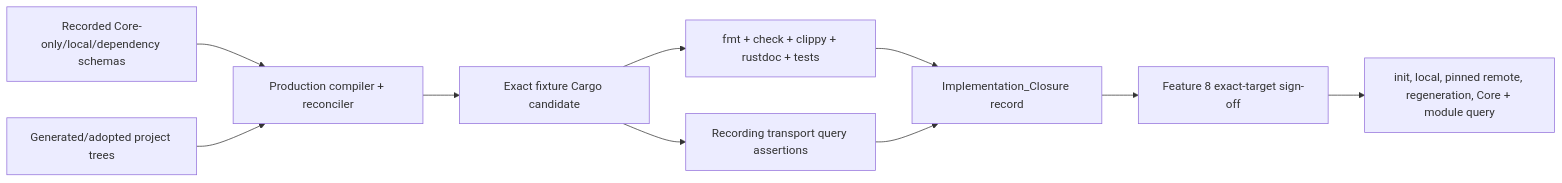
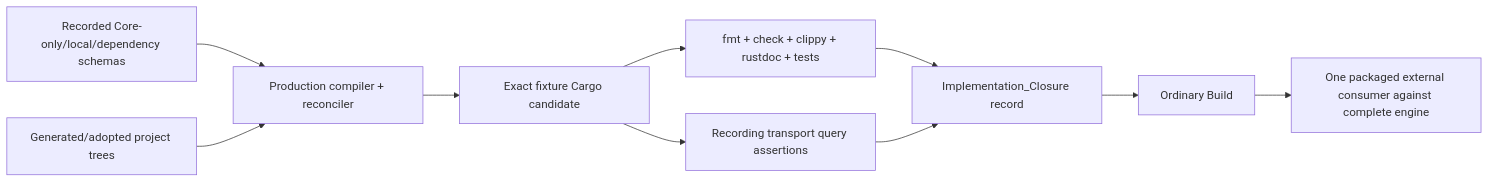
The fourth of 4 diagrams in .kiro/specs/rust-sdk-client-generation/design.md (dagger/dagger), drawn with Mermaid before and after one commit. The commit also changed other lines of this file and 32 other files, not shown here.

````diff
--- a/.kiro/specs/rust-sdk-client-generation/design.md
+++ b/.kiro/specs/rust-sdk-client-generation/design.md
@@ -457,12 +453,12 @@
 ```mermaid
 flowchart LR
     FIX["Recorded Core-only/local/dependency schemas"] --> PROD["Production compiler + reconciler"]
     TREE["Generated/adopted project trees"] --> PROD
     PROD --> CARGO["Exact fixture Cargo candidate"]
     CARGO --> LOCAL["fmt + check + clippy + rustdoc + tests"]
     CARGO --> REC["Recording transport query assertions"]
     LOCAL --> CLOSE["Implementation_Closure record"]
     REC --> CLOSE
-    CLOSE --> SIGN["Feature 8 exact-target sign-off"]
-    SIGN --> CASES["init, local, pinned remote, regeneration, Core + module query"]
+    CLOSE --> BUILD["Ordinary Build"]
+    BUILD --> VERIFY["One packaged external consumer against complete engine"]
 ```
````
